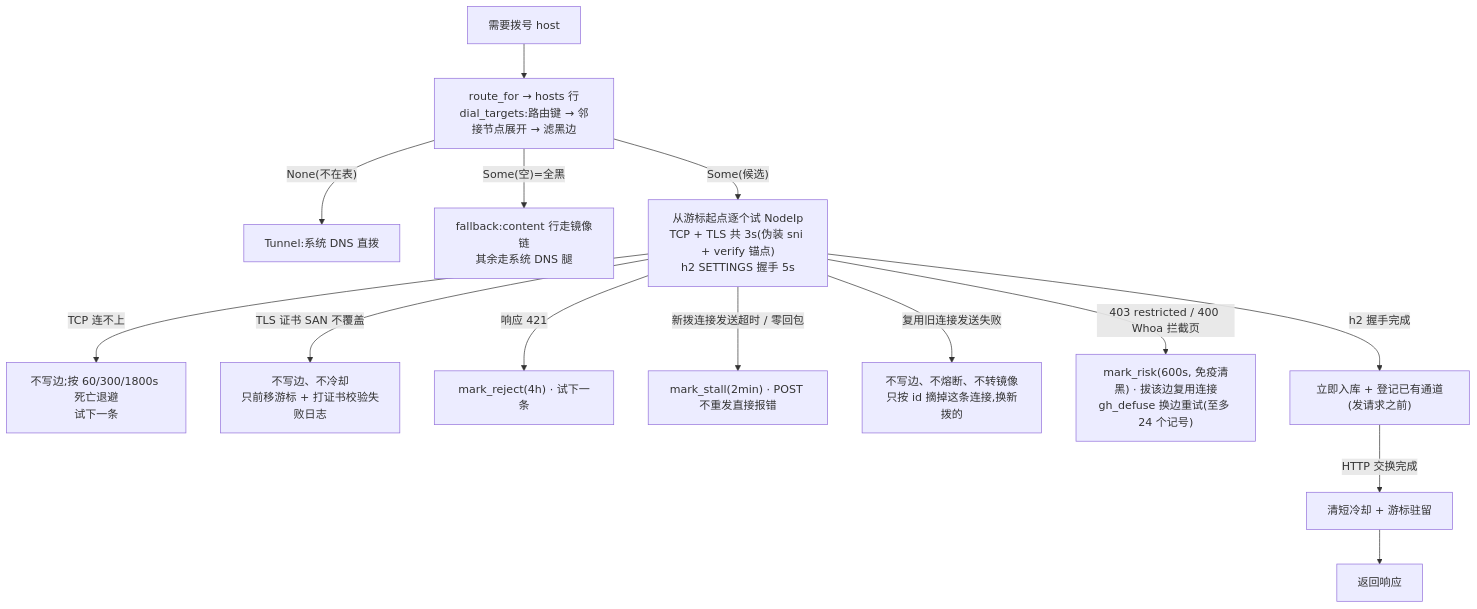
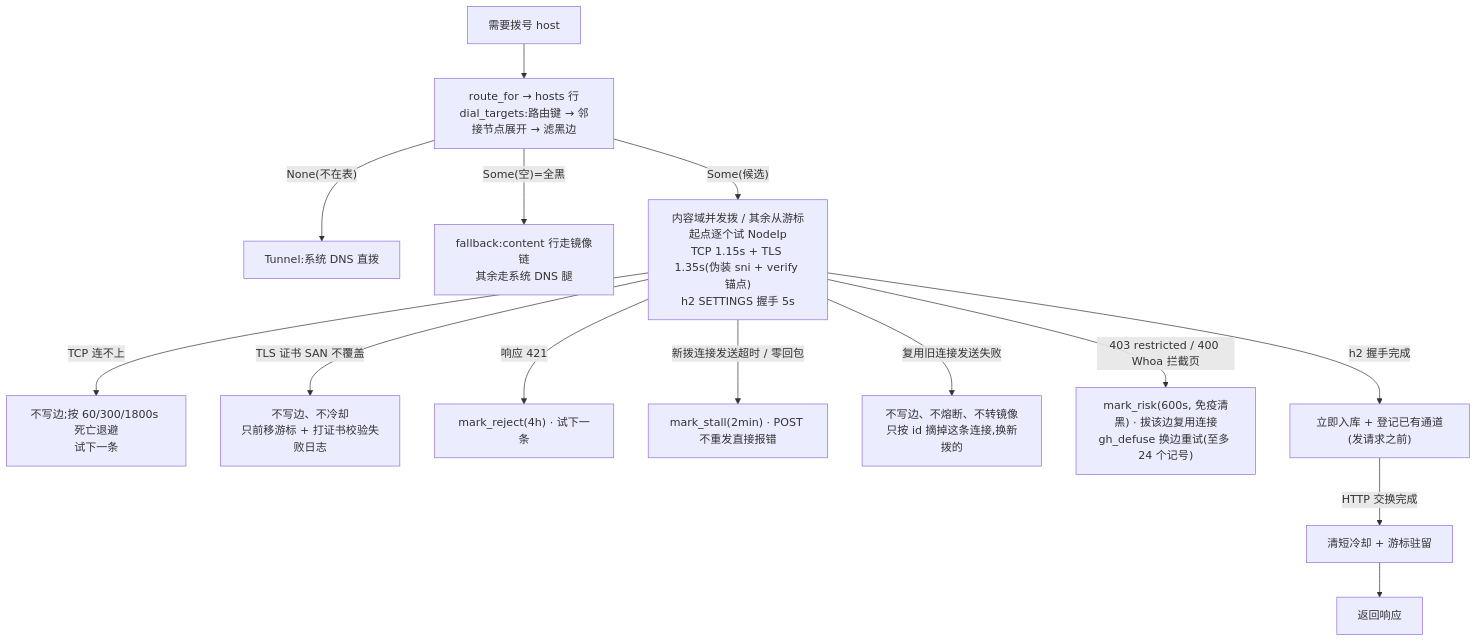
Before and after one commit to zhidian-cmd/gitport-github: the second of 2 diagrams in docs/ARCHITECTURE.md, drawn with Mermaid. The commit also changed other lines of this file and 17 other files, not shown here.

````diff
--- a/docs/ARCHITECTURE.md
+++ b/docs/ARCHITECTURE.md
@@ -114,16 +115,16 @@
 ```mermaid
 flowchart TD
     S["需要拨号 host"] --> A["route_for → hosts 行<br/>dial_targets:路由键 → 邻接节点展开 → 滤黑边"]
     A -->|"None(不在表)"| TUN["Tunnel:系统 DNS 直拨"]
     A -->|"Some(空)=全黑"| FB["fallback:content 行走镜像链<br/>其余走系统 DNS 腿"]
-    A -->|"Some(候选)"| X["从游标起点逐个试 NodeIp<br/>TCP + TLS 共 3s(伪装 sni + verify 锚点)<br/>h2 SETTINGS 握手 5s"]
+    A -->|"Some(候选)"| X["内容域并发拨 / 其余从游标起点逐个试 NodeIp<br/>TCP 1.15s + TLS 1.35s(伪装 sni + verify 锚点)<br/>h2 SETTINGS 握手 5s"]
     X -->|"TCP 连不上"| Y["不写边;按 60/300/1800s 死亡退避<br/>试下一条"]
     X -->|"TLS 证书 SAN 不覆盖"| Z["不写边、不冷却<br/>只前移游标 + 打证书校验失败日志"]
     X -->|"响应 421"| RJ["mark_reject(4h) · 试下一条"]
     X -->|"新拨连接发送超时 / 零回包"| AB["mark_stall(2min) · POST 不重发直接报错"]
     X -->|"复用旧连接发送失败"| RP["不写边、不熔断、不转镜像<br/>只按 id 摘掉这条连接,换新拨的"]
     X -->|"403 restricted / 400 Whoa 拦截页"| AE["mark_risk(600s, 免疫清黑) · 拔该边复用连接<br/>gh_defuse 换边重试(至多 24 个记号)"]
     X -->|"h2 握手完成"| ST["立即入库 + 登记已有通道(发请求之前)"]
     ST -->|"HTTP 交换完成"| AC["清短冷却 + 游标驻留"]
     AC --> DONE["返回响应"]
 ```
````
